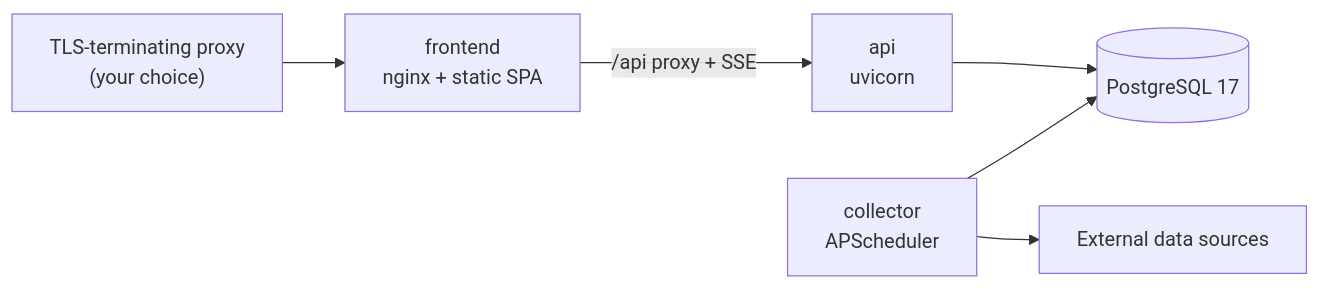
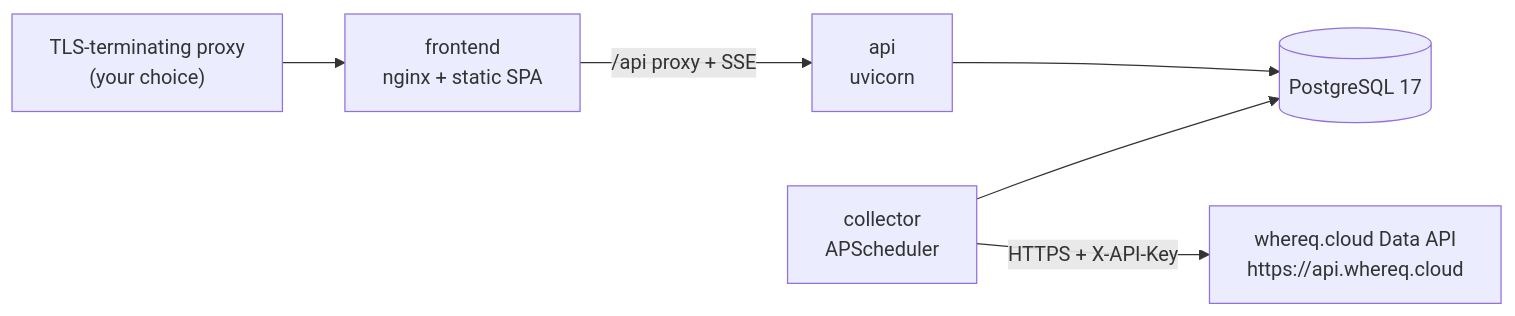
The fourth of 4 diagrams in docs/design-high-level-design.md (whereq/FlowDesktop), drawn with Mermaid before and after one commit. The commit also changed other lines of this file and 67 other files, not shown here.

````diff
--- a/docs/design-high-level-design.md
+++ b/docs/design-high-level-design.md
@@ -644,8 +662,8 @@
 ```mermaid
 graph LR
     P["TLS-terminating proxy<br/>(your choice)"] --> FE["frontend<br/>nginx + static SPA"]
     FE -->|"/api proxy + SSE"| API["api<br/>uvicorn"]
     API --> DB[("PostgreSQL 17")]
     COL["collector<br/>APScheduler"] --> DB
-    COL --> EXT["External data sources"]
+    COL -->|"HTTPS + X-API-Key"| EXT["whereq.cloud Data API<br/>https://api.whereq.cloud"]
 ```
````
